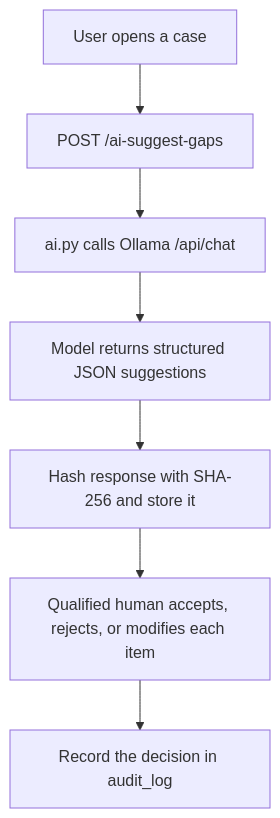
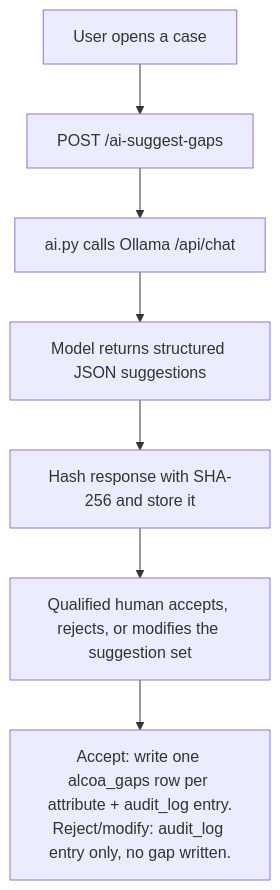
The first of 2 diagrams in README.md (alianisreyesr/data-integrity-case-file), drawn with Mermaid before and after one commit. The commit also changed other lines of this file and 10 other files, not shown here.

First line of the commit message:
fix: make AI-suggestion acceptance actually write ALCOA+ gaps (#23)

````diff
--- a/README.md
+++ b/README.md
@@ -167,9 +165,9 @@
 ```mermaid
 flowchart TB
   A["User opens a case"] --> B["POST /ai-suggest-gaps"]
   B --> C["ai.py calls Ollama /api/chat"]
   C --> D["Model returns structured JSON suggestions"]
   D --> E["Hash response with SHA-256 and store it"]
-  E --> F["Qualified human accepts, rejects, or modifies each item"]
-  F --> G["Record the decision in audit_log"]
+  E --> F["Qualified human accepts, rejects, or modifies the suggestion set"]
+  F --> G["Accept: write one alcoa_gaps row per attribute + audit_log entry.\nReject/modify: audit_log entry only, no gap written."]
 ```
````
